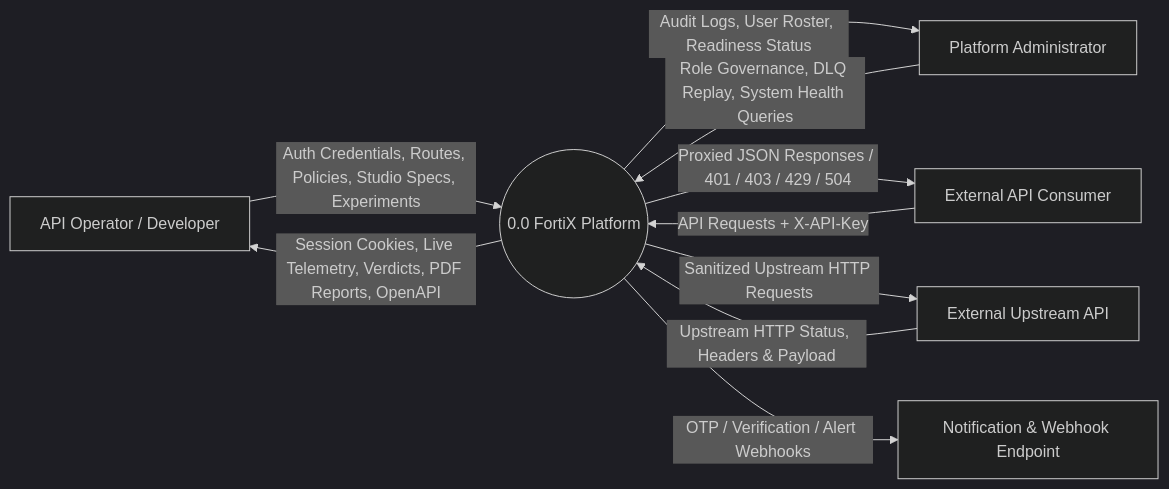
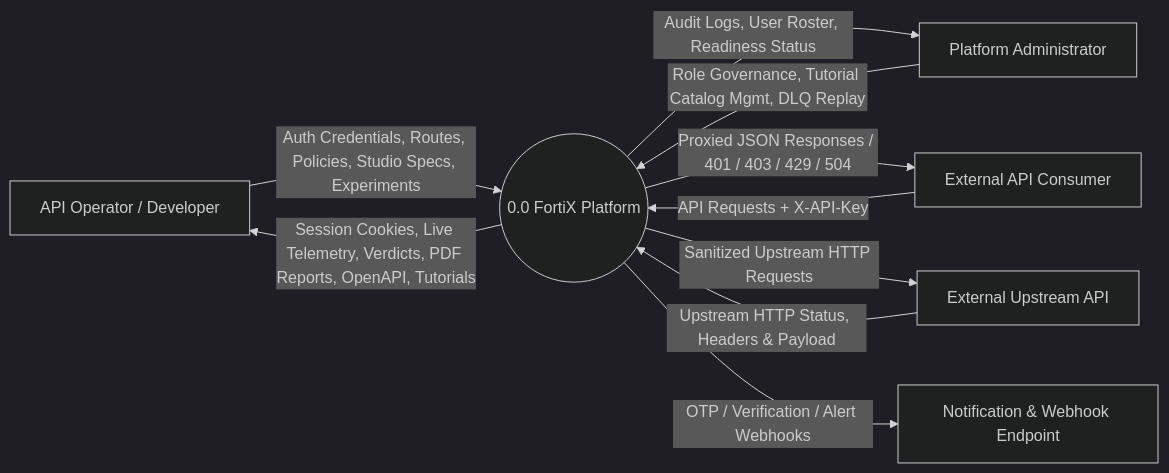
Before and after one commit to mr-vdnt/FortiX: the diagram in docs/reports/diagrams/fig02_dfd_level0.mmd, drawn with Mermaid (dark theme). The commit also changed 124 other files, not shown here.

First line of the commit message:
feat(learn,auth,docs): add Video Learning Center (FTX-LEARN-001), harden Login/OTP flows, and update 86-page B.Tech IT Project Report

```diff
--- a/docs/reports/diagrams/fig02_dfd_level0.mmd
+++ b/docs/reports/diagrams/fig02_dfd_level0.mmd
@@ -1,10 +1,10 @@
 flowchart LR
   OP["API Operator / Developer"] -->|Auth Credentials, Routes, Policies, Studio Specs, Experiments| SYS(("0.0 FortiX Platform"))
-  SYS -->|Session Cookies, Live Telemetry, Verdicts, PDF Reports, OpenAPI| OP
-  ADM["Platform Administrator"] -->|Role Governance, DLQ Replay, System Health Queries| SYS
+  SYS -->|Session Cookies, Live Telemetry, Verdicts, PDF Reports, OpenAPI, Tutorials| OP
+  ADM["Platform Administrator"] -->|Role Governance, Tutorial Catalog Mgmt, DLQ Replay| SYS
   SYS -->|Audit Logs, User Roster, Readiness Status| ADM
   CLI["External API Consumer"] -->|API Requests + X-API-Key| SYS
   SYS -->|Proxied JSON Responses / 401 / 403 / 429 / 504| CLI
   SYS -->|Sanitized Upstream HTTP Requests| UP["External Upstream API"]
   UP -->|Upstream HTTP Status, Headers & Payload| SYS
   SYS -->|OTP / Verification / Alert Webhooks| NOTIF["Notification & Webhook Endpoint"]
```
